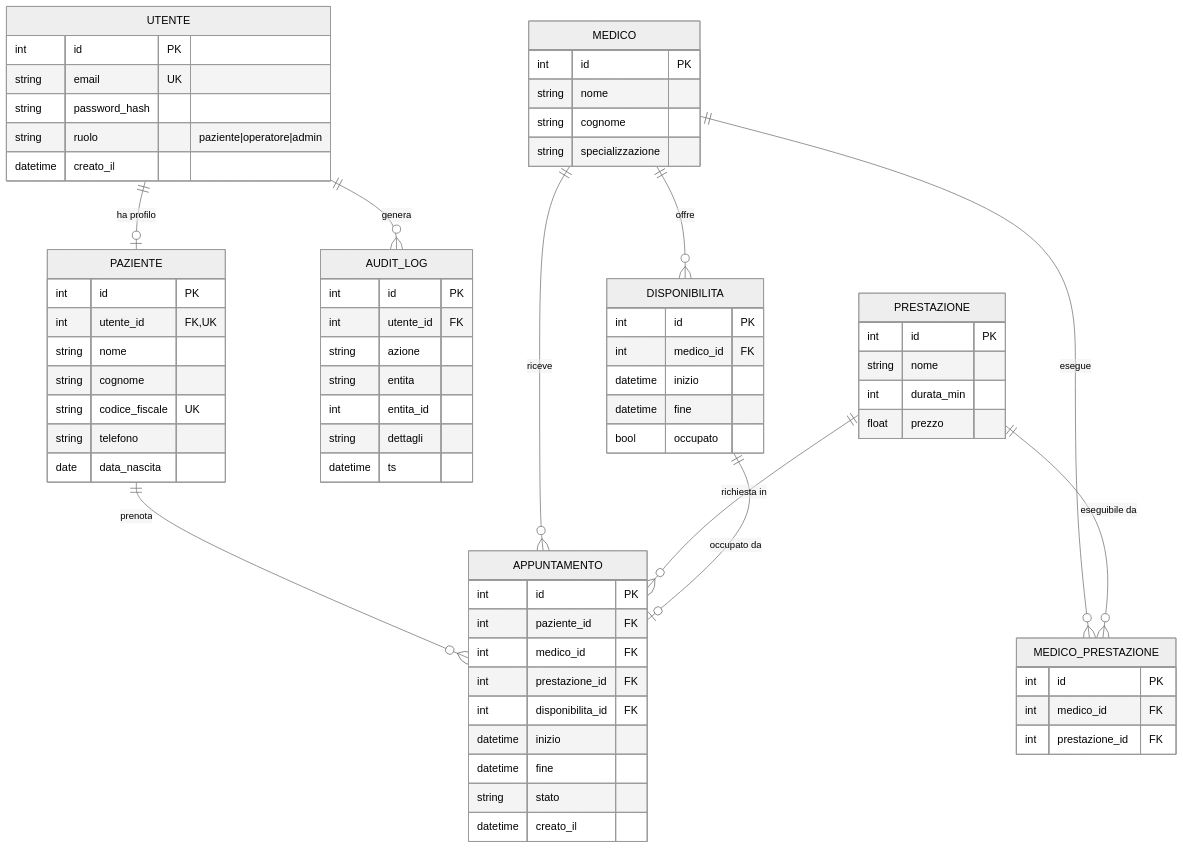
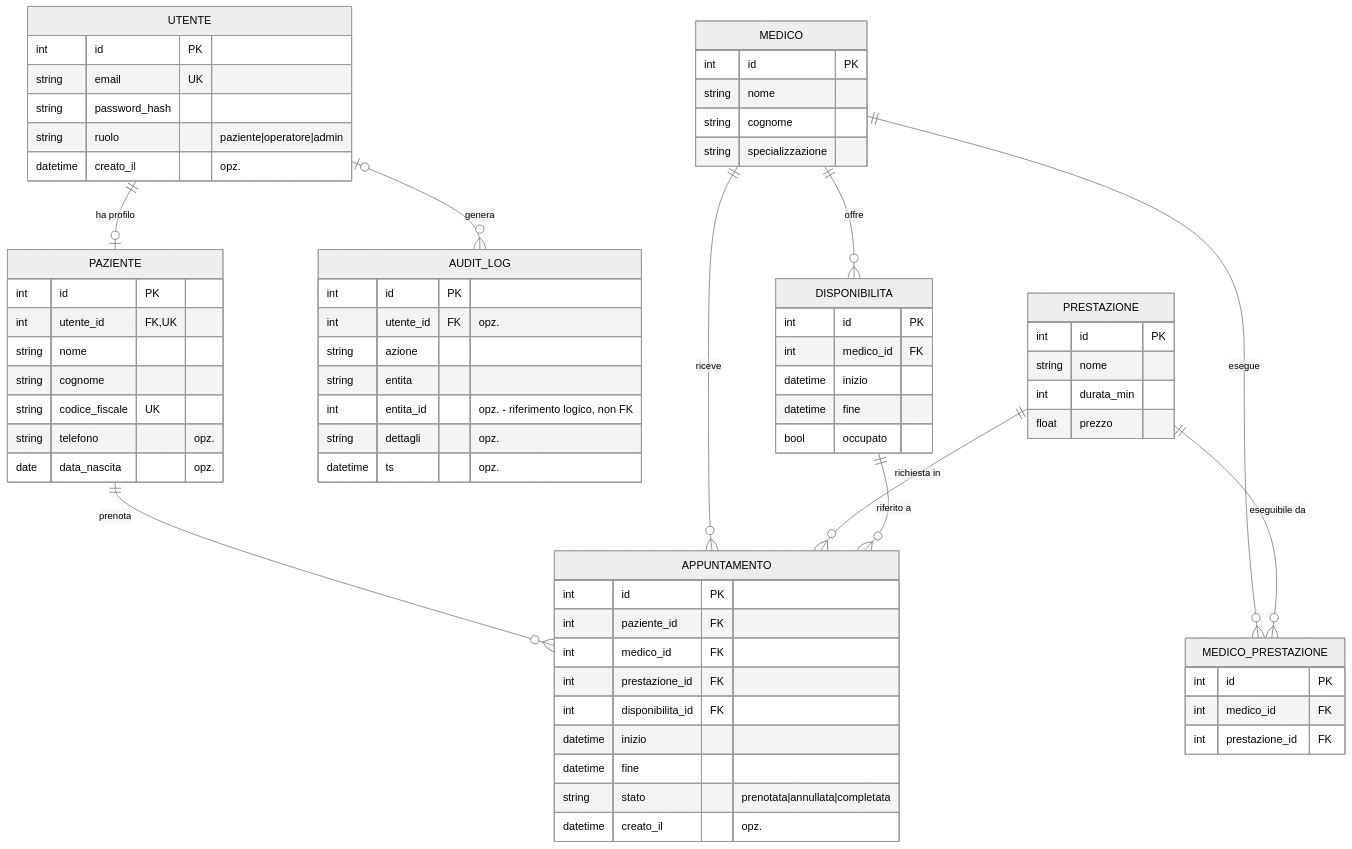
One commit to giovannicarrino-2802/PW16 changed the diagram in poliambulatorio-prenotazioni/docs/ER.md. Above: the diagram before and after it, drawn with Mermaid (neutral theme). The commit also changed other lines of this file, not shown here.

````diff
--- a/poliambulatorio-prenotazioni/docs/ER.md
+++ b/poliambulatorio-prenotazioni/docs/ER.md
@@ -7,73 +10,73 @@
 ```mermaid
 erDiagram
     UTENTE ||--o| PAZIENTE : "ha profilo"
-    UTENTE ||--o{ AUDIT_LOG : "genera"
+    UTENTE |o--o{ AUDIT_LOG : "genera"
     PAZIENTE ||--o{ APPUNTAMENTO : "prenota"
     MEDICO ||--o{ DISPONIBILITA : "offre"
     MEDICO ||--o{ MEDICO_PRESTAZIONE : "esegue"
     PRESTAZIONE ||--o{ MEDICO_PRESTAZIONE : "eseguibile da"
     MEDICO ||--o{ APPUNTAMENTO : "riceve"
     PRESTAZIONE ||--o{ APPUNTAMENTO : "richiesta in"
-    DISPONIBILITA ||--o| APPUNTAMENTO : "occupato da"
+    DISPONIBILITA ||--o{ APPUNTAMENTO : "riferito a"
 
     UTENTE {
         int id PK
         string email UK
         string password_hash
         string ruolo "paziente|operatore|admin"
-        datetime creato_il
+        datetime creato_il "opz."
     }
     PAZIENTE {
         int id PK
         int utente_id FK,UK
         string nome
         string cognome
         string codice_fiscale UK
-        string telefono
-        date data_nascita
+        string telefono "opz."
+        date data_nascita "opz."
     }
     MEDICO {
         int id PK
         string nome
         string cognome
         string specializzazione
     }
     PRESTAZIONE {
         int id PK
         string nome
         int durata_min
         float prezzo
     }
     MEDICO_PRESTAZIONE {
         int id PK
         int medico_id FK
         int prestazione_id FK
     }
     DISPONIBILITA {
         int id PK
         int medico_id FK
         datetime inizio
         datetime fine
         bool occupato
     }
     APPUNTAMENTO {
         int id PK
         int paziente_id FK
         int medico_id FK
         int prestazione_id FK
         int disponibilita_id FK
         datetime inizio
         datetime fine
-        string stato
-        datetime creato_il
+        string stato "prenotata|annullata|completata"
+        datetime creato_il "opz."
     }
     AUDIT_LOG {
         int id PK
-        int utente_id FK
+        int utente_id FK "opz."
         string azione
         string entita
-        int entita_id
-        string dettagli
-        datetime ts
+        int entita_id "opz. - riferimento logico, non FK"
+        string dettagli "opz."
+        datetime ts "opz."
     }
 ```
````
